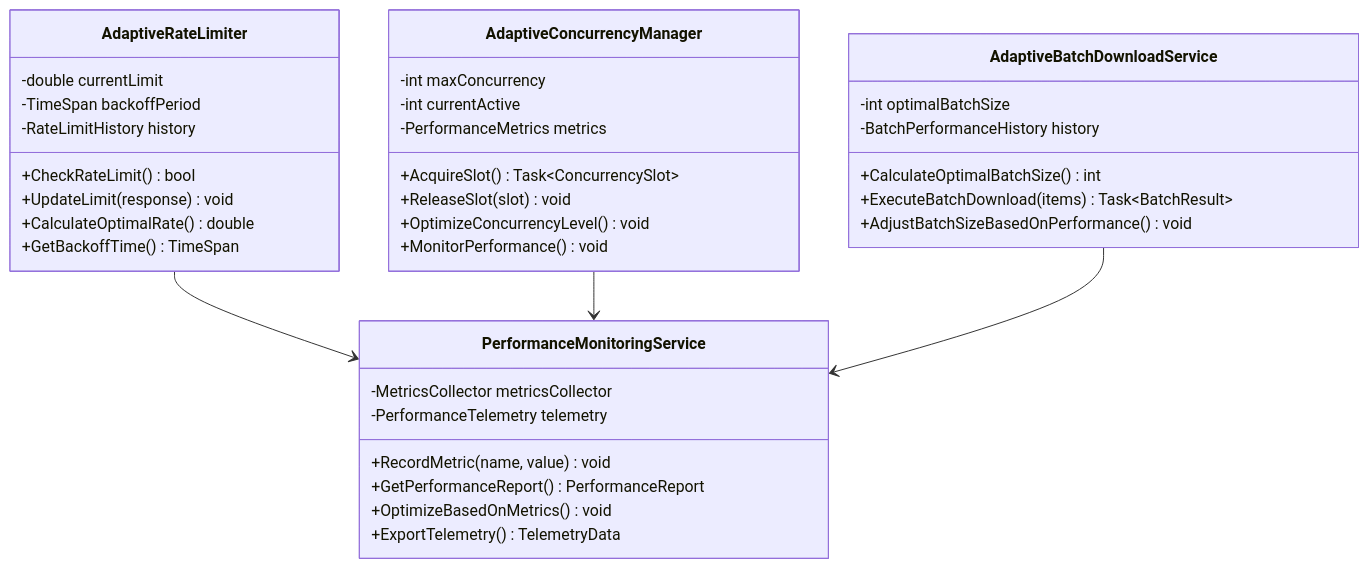
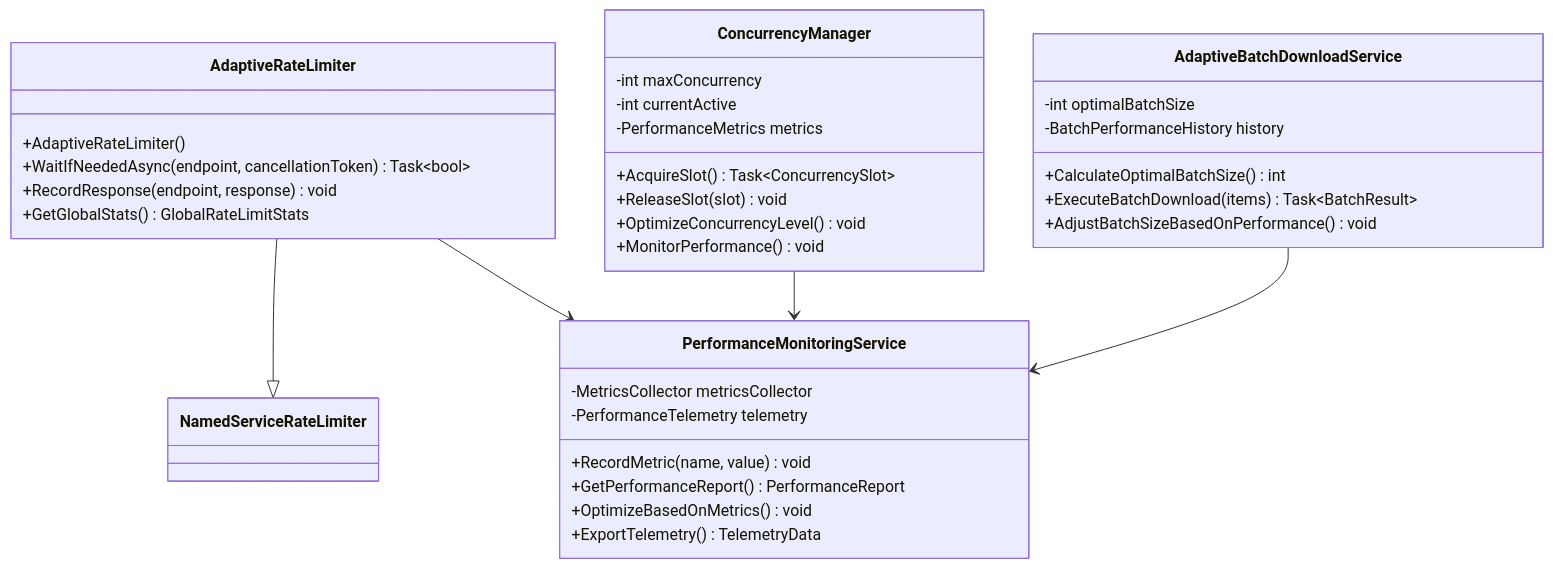
Diagram 24 of 25 in docs/ARCHITECTURE.md (RicherTunes/Qobuzarr), drawn with Mermaid before and after one commit. The commit also changed other lines of this file and 231 other files, not shown here.

````diff
--- a/docs/ARCHITECTURE.md
+++ b/docs/ARCHITECTURE.md
@@ -1198,49 +1203,46 @@
 ```mermaid
 classDiagram
     class AdaptiveRateLimiter {
-        -double currentLimit
-        -TimeSpan backoffPeriod
-        -RateLimitHistory history
-        
-        +CheckRateLimit() bool
-        +UpdateLimit(response) void
-        +CalculateOptimalRate() double
-        +GetBackoffTime() TimeSpan
+        +AdaptiveRateLimiter()
+        +WaitIfNeededAsync(endpoint, cancellationToken) Task~bool~
+        +RecordResponse(endpoint, response) void
+        +GetGlobalStats() GlobalRateLimitStats
     }
     
-    class AdaptiveConcurrencyManager {
+    class ConcurrencyManager {
         -int maxConcurrency
         -int currentActive
         -PerformanceMetrics metrics
         
         +AcquireSlot() Task~ConcurrencySlot~
         +ReleaseSlot(slot) void
         +OptimizeConcurrencyLevel() void
         +MonitorPerformance() void
     }
     
     %% AdaptiveBatchDownloadService not found in codebase as of 2026-05-31
     class AdaptiveBatchDownloadService {
         -int optimalBatchSize
         -BatchPerformanceHistory history
         
         +CalculateOptimalBatchSize() int
         +ExecuteBatchDownload(items) Task~BatchResult~
         +AdjustBatchSizeBasedOnPerformance() void
     }
     
     %% PerformanceMonitoringService actual interface is IPerformanceMonitoringService with different methods (RecordApiCall, RecordCacheHit, RecordCacheMiss, LogPerformanceWarning, RecordMLOptimization)
     class PerformanceMonitoringService {
         -MetricsCollector metricsCollector
         -PerformanceTelemetry telemetry
         
         +RecordMetric(name, value) void
         +GetPerformanceReport() PerformanceReport
         +OptimizeBasedOnMetrics() void
         +ExportTelemetry() TelemetryData
     }
     
+    AdaptiveRateLimiter --|> NamedServiceRateLimiter
     AdaptiveRateLimiter --> PerformanceMonitoringService
-    AdaptiveConcurrencyManager --> PerformanceMonitoringService
+    ConcurrencyManager --> PerformanceMonitoringService
     AdaptiveBatchDownloadService --> PerformanceMonitoringService
 ```
````
